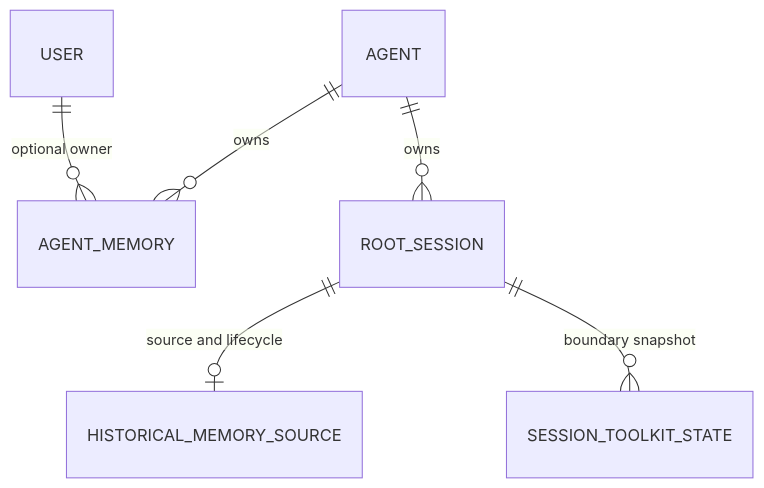
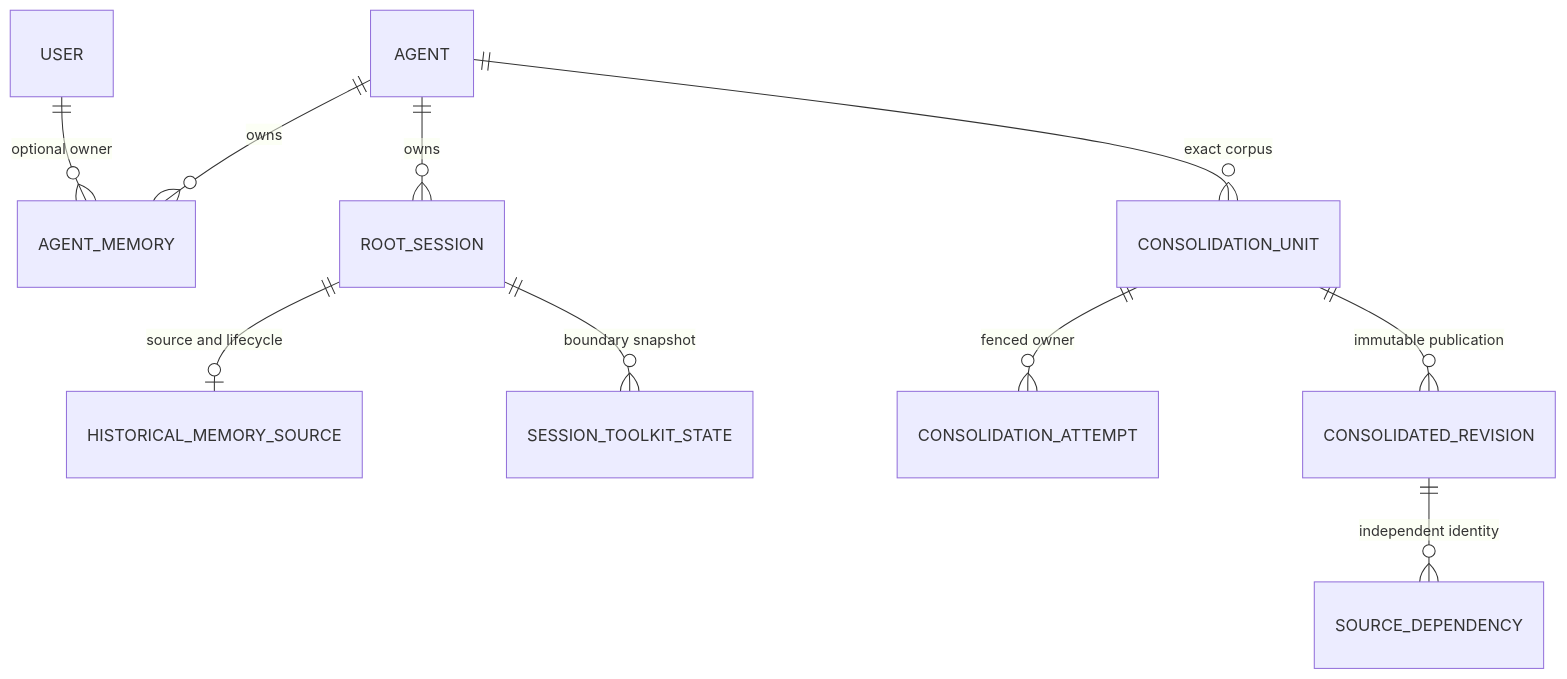
Before and after one commit to azents/azents: the diagram in docs/azents/spec/domain/memory.md, drawn with Mermaid. The commit also changed other lines of this file and 72 other files, not shown here.

````diff
--- a/docs/azents/spec/domain/memory.md
+++ b/docs/azents/spec/domain/memory.md
@@ -100,8 +134,12 @@
 ```mermaid
 erDiagram
     AGENT ||--o{ AGENT_MEMORY : owns
     USER ||--o{ AGENT_MEMORY : "optional owner"
     AGENT ||--o{ ROOT_SESSION : owns
     ROOT_SESSION ||--o| HISTORICAL_MEMORY_SOURCE : "source and lifecycle"
     ROOT_SESSION ||--o{ SESSION_TOOLKIT_STATE : "boundary snapshot"
+    AGENT ||--o{ CONSOLIDATION_UNIT : "exact corpus"
+    CONSOLIDATION_UNIT ||--o{ CONSOLIDATION_ATTEMPT : "fenced owner"
+    CONSOLIDATION_UNIT ||--o{ CONSOLIDATED_REVISION : "immutable publication"
+    CONSOLIDATED_REVISION ||--o{ SOURCE_DEPENDENCY : "independent identity"
 ```
````
